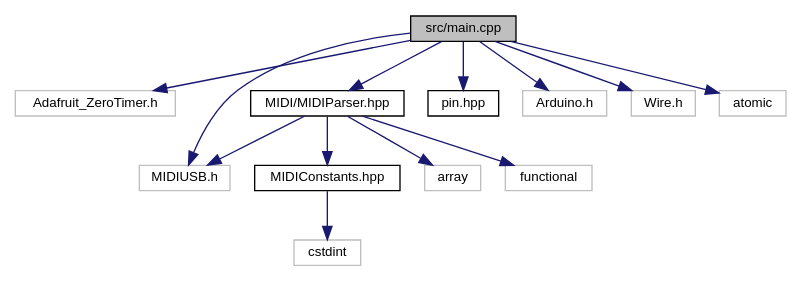
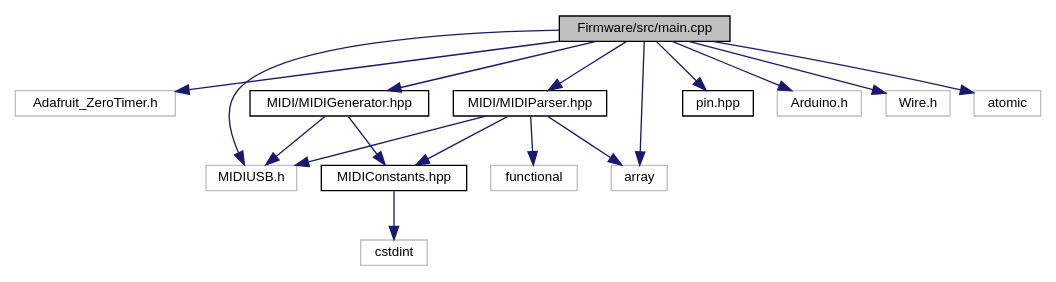
The diagram in docs/main_8cpp__incl.dot (AkiyukiOkayasu/jade), drawn with Graphviz before and after one commit. The commit also changed 122 other files, not shown here.

```diff
--- a/docs/main_8cpp__incl.dot
+++ b/docs/main_8cpp__incl.dot
@@ -1,30 +1,35 @@
-digraph "src/main.cpp"
+digraph "Firmware/src/main.cpp"
 {
  // LATEX_PDF_SIZE
   edge [fontname="Helvetica",fontsize="10",labelfontname="Helvetica",labelfontsize="10"];
   node [fontname="Helvetica",fontsize="10",shape=record];
-  Node1 [label="src/main.cpp",height=0.2,width=0.4,color="black", fillcolor="grey75", style="filled", fontcolor="black",tooltip="jade main"];
+  Node1 [label="Firmware/src/main.cpp",height=0.2,width=0.4,color="black", fillcolor="grey75", style="filled", fontcolor="black",tooltip="jade main"];
   Node1 -> Node2 [color="midnightblue",fontsize="10",style="solid",fontname="Helvetica"];
   Node2 [label="Adafruit_ZeroTimer.h",height=0.2,width=0.4,color="grey75", fillcolor="white", style="filled",tooltip=" "];
   Node1 -> Node3 [color="midnightblue",fontsize="10",style="solid",fontname="Helvetica"];
-  Node3 [label="MIDI/MIDIParser.hpp",height=0.2,width=0.4,color="black", fillcolor="white", style="filled",URL="$_midi_parser_8hpp.html",tooltip="USB-MIDI event parser."];
+  Node3 [label="MIDI/MIDIGenerator.hpp",height=0.2,width=0.4,color="black", fillcolor="white", style="filled",URL="$_midi_generator_8hpp.html",tooltip="USB-MIDI event generator."];
   Node3 -> Node4 [color="midnightblue",fontsize="10",style="solid",fontname="Helvetica"];
   Node4 [label="MIDIConstants.hpp",height=0.2,width=0.4,color="black", fillcolor="white", style="filled",URL="$_midi_constants_8hpp.html",tooltip="Constants about MIDI."];
   Node4 -> Node5 [color="midnightblue",fontsize="10",style="solid",fontname="Helvetica"];
   Node5 [label="cstdint",height=0.2,width=0.4,color="grey75", fillcolor="white", style="filled",tooltip=" "];
   Node3 -> Node6 [color="midnightblue",fontsize="10",style="solid",fontname="Helvetica"];
   Node6 [label="MIDIUSB.h",height=0.2,width=0.4,color="grey75", fillcolor="white", style="filled",tooltip=" "];
-  Node3 -> Node7 [color="midnightblue",fontsize="10",style="solid",fontname="Helvetica"];
-  Node7 [label="array",height=0.2,width=0.4,color="grey75", fillcolor="white", style="filled",tooltip=" "];
-  Node3 -> Node8 [color="midnightblue",fontsize="10",style="solid",fontname="Helvetica"];
-  Node8 [label="functional",height=0.2,width=0.4,color="grey75", fillcolor="white", style="filled",tooltip=" "];
+  Node1 -> Node7 [color="midnightblue",fontsize="10",style="solid",fontname="Helvetica"];
+  Node7 [label="MIDI/MIDIParser.hpp",height=0.2,width=0.4,color="black", fillcolor="white", style="filled",URL="$_midi_parser_8hpp.html",tooltip="USB-MIDI event parser."];
+  Node7 -> Node4 [color="midnightblue",fontsize="10",style="solid",fontname="Helvetica"];
+  Node7 -> Node6 [color="midnightblue",fontsize="10",style="solid",fontname="Helvetica"];
+  Node7 -> Node8 [color="midnightblue",fontsize="10",style="solid",fontname="Helvetica"];
+  Node8 [label="array",height=0.2,width=0.4,color="grey75", fillcolor="white", style="filled",tooltip=" "];
+  Node7 -> Node9 [color="midnightblue",fontsize="10",style="solid",fontname="Helvetica"];
+  Node9 [label="functional",height=0.2,width=0.4,color="grey75", fillcolor="white", style="filled",tooltip=" "];
   Node1 -> Node6 [color="midnightblue",fontsize="10",style="solid",fontname="Helvetica"];
-  Node1 -> Node9 [color="midnightblue",fontsize="10",style="solid",fontname="Helvetica"];
-  Node9 [label="pin.hpp",height=0.2,width=0.4,color="black", fillcolor="white", style="filled",URL="$pin_8hpp.html",tooltip="Constants about Seeeduino XAIO GPIO."];
   Node1 -> Node10 [color="midnightblue",fontsize="10",style="solid",fontname="Helvetica"];
-  Node10 [label="Arduino.h",height=0.2,width=0.4,color="grey75", fillcolor="white", style="filled",tooltip=" "];
+  Node10 [label="pin.hpp",height=0.2,width=0.4,color="black", fillcolor="white", style="filled",URL="$pin_8hpp.html",tooltip="Constants about Seeeduino XAIO GPIO."];
   Node1 -> Node11 [color="midnightblue",fontsize="10",style="solid",fontname="Helvetica"];
-  Node11 [label="Wire.h",height=0.2,width=0.4,color="grey75", fillcolor="white", style="filled",tooltip=" "];
+  Node11 [label="Arduino.h",height=0.2,width=0.4,color="grey75", fillcolor="white", style="filled",tooltip=" "];
   Node1 -> Node12 [color="midnightblue",fontsize="10",style="solid",fontname="Helvetica"];
-  Node12 [label="atomic",height=0.2,width=0.4,color="grey75", fillcolor="white", style="filled",tooltip=" "];
+  Node12 [label="Wire.h",height=0.2,width=0.4,color="grey75", fillcolor="white", style="filled",tooltip=" "];
+  Node1 -> Node8 [color="midnightblue",fontsize="10",style="solid",fontname="Helvetica"];
+  Node1 -> Node13 [color="midnightblue",fontsize="10",style="solid",fontname="Helvetica"];
+  Node13 [label="atomic",height=0.2,width=0.4,color="grey75", fillcolor="white", style="filled",tooltip=" "];
 }
```
